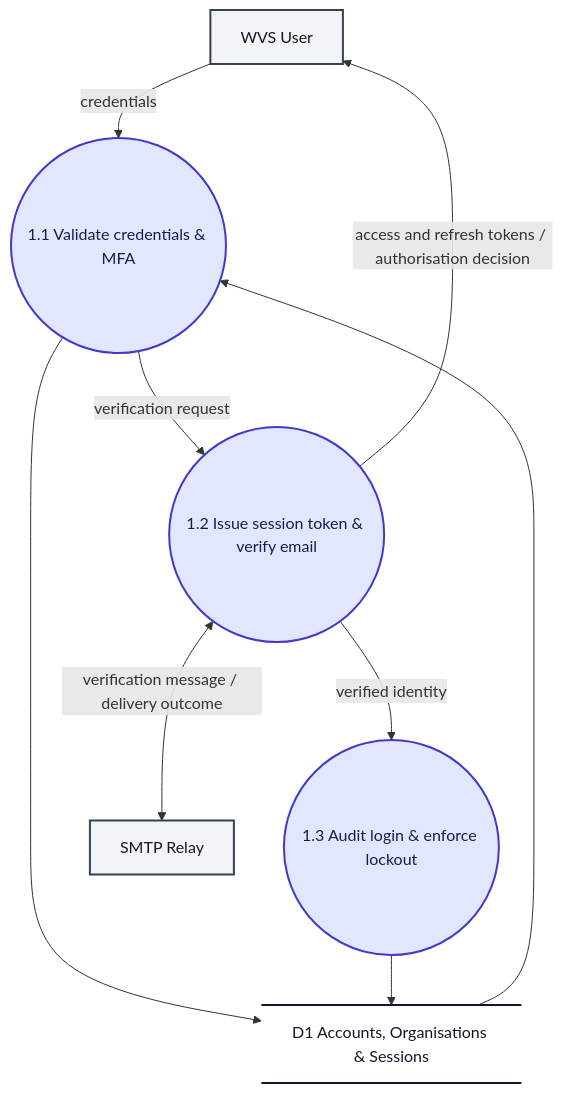
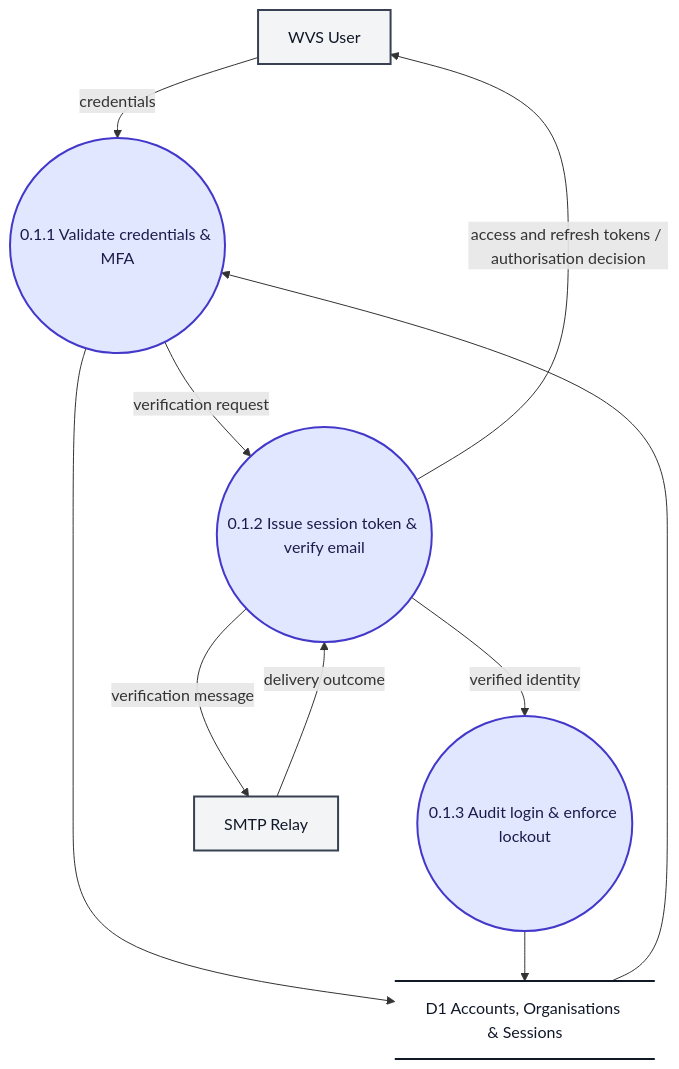
One commit to ksacheth/software-engineering changed the third of 10 diagrams in docs/Website_Vulnerability_Scanner_DFD.md. Above: the diagram before and after it, drawn with Mermaid. The commit also changed other lines of this file and 25 other files, not shown here.

Commit message:
docs(dfd): refine scanner data flow diagrams

````diff
--- a/docs/Website_Vulnerability_Scanner_DFD.md
+++ b/docs/Website_Vulnerability_Scanner_DFD.md
@@ -136,28 +145,29 @@
 ```mermaid
 flowchart TD
     %% Level 2 DFD - F.1 User Authentication & Access Control
 
     User["WVS User"]
-    P11(("1.1 Validate credentials & MFA"))
-    P12(("1.2 Issue session token & verify email"))
-    P13(("1.3 Audit login & enforce lockout"))
+    P11(("0.1.1 Validate credentials & MFA"))
+    P12(("0.1.2 Issue session token & verify email"))
+    P13(("0.1.3 Audit login & enforce lockout"))
     D1@{ shape: datastore, label: "D1 Accounts, Organisations & Sessions" }
     SMTP["SMTP Relay"]
 
     User -->|"credentials"| P11
     P11 -->|"verification request"| P12
     P12 -->|"access and refresh tokens / authorisation decision"| User
     P12 -->|"verified identity"| P13
     D1 --> P11
     P11 --> D1
     P13 --> D1
-    P12 <-->|"verification message / delivery outcome"| SMTP
+    P12 -->|"verification message"| SMTP
+    SMTP -->|"delivery outcome"| P12
 
     %% Styling
     classDef process fill:#e0e7ff,stroke:#4338ca,stroke-width:2px,color:#1e1b4b;
     classDef entity fill:#f3f4f6,stroke:#374151,stroke-width:2px,color:#111827;
     classDef store fill:transparent,stroke:#111827,stroke-width:2px,color:#111827;
     class P11,P12,P13 process;
     class User,SMTP entity;
     class D1 store;
 ```
````
